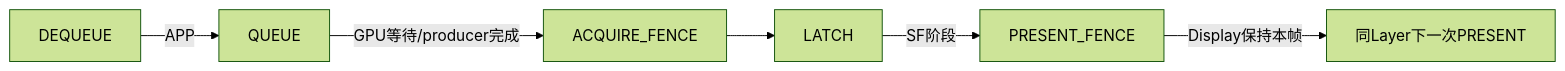
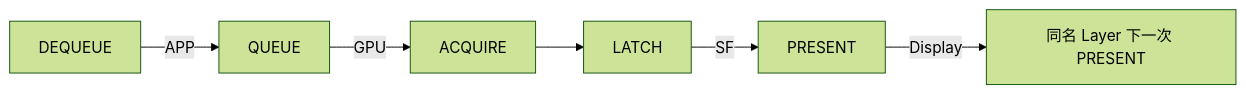
Before and after one commit to junyingzhao001/StudyNotes: the second of 2 diagrams in Android源码学习/168-AndroidSurfaceFlingerTracingPerfettoFrameTracer与图形证据链.md, drawn with Mermaid (forest theme). The commit also changed other lines of this file and 30 other files, not shown here.

````diff
--- a/Android源码学习/168-AndroidSurfaceFlingerTracingPerfettoFrameTracer与图形证据链.md
+++ b/Android源码学习/168-AndroidSurfaceFlingerTracingPerfettoFrameTracer与图形证据链.md
@@ -990,8 +704,8 @@
 ```mermaid
 flowchart LR
-    DQ["DEQUEUE"] -->|"APP"| Q["QUEUE"]
-    Q -->|"GPU等待/producer完成"| AF["ACQUIRE_FENCE"]
-    AF --> L["LATCH"]
-    L -->|"SF阶段"| PF["PRESENT_FENCE"]
-    PF -->|"Display保持本帧"| NPF["同Layer下一次PRESENT"]
+    D["DEQUEUE"] -->|"APP"| Q["QUEUE"]
+    Q -->|"GPU"| A["ACQUIRE"]
+    A --> L["LATCH"]
+    L -->|"SF"| P["PRESENT"]
+    P -->|"Display"| NP["同名 Layer 下一次 PRESENT"]
 ```
````
